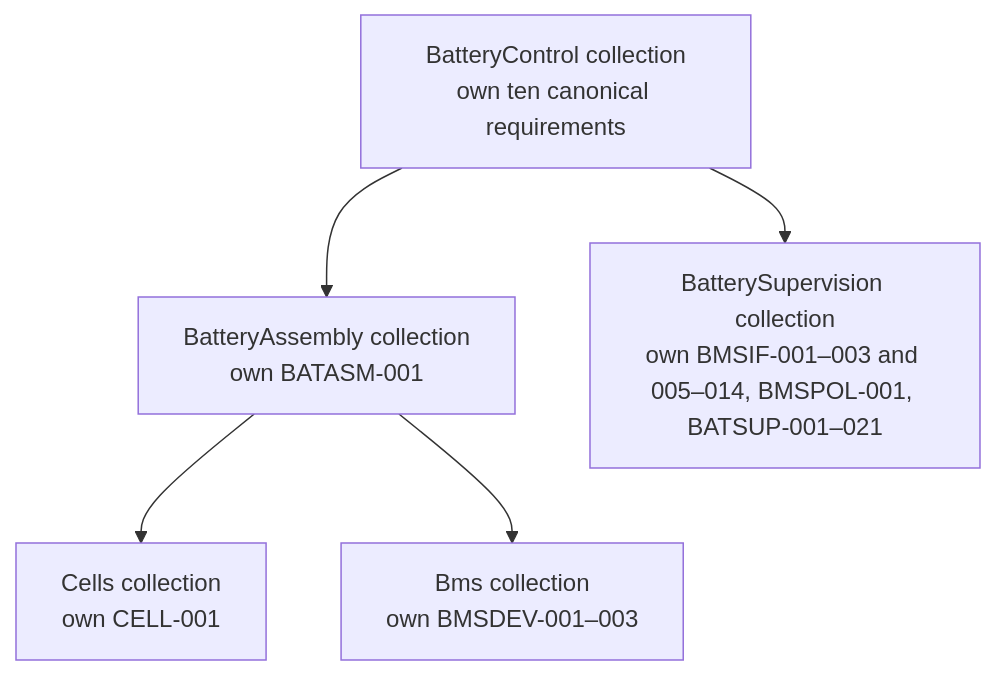
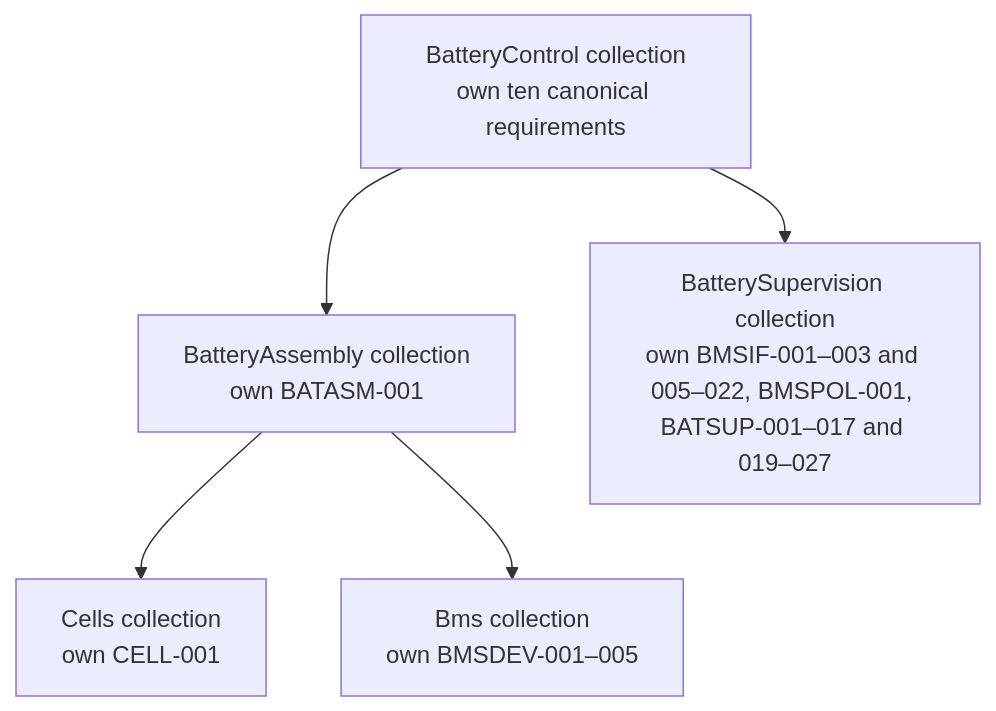
Before and after one commit to dhellhake/X2CityMCU: the second of 2 diagrams in .devenv/Architecture/SystemArchitecture/Modelling/BatteryControl/README.md, drawn with Mermaid. The commit also changed other lines of this file and 13 other files, not shown here.

````diff
--- a/.devenv/Architecture/SystemArchitecture/Modelling/BatteryControl/README.md
+++ b/.devenv/Architecture/SystemArchitecture/Modelling/BatteryControl/README.md
@@ -49,7 +49,7 @@
 ```mermaid
 flowchart TB
   BC[BatteryControl collection<br/>own ten canonical requirements] --> BA[BatteryAssembly collection<br/>own BATASM-001]
-  BC --> BS[BatterySupervision collection<br/>own BMSIF-001–003 and 005–014, BMSPOL-001, BATSUP-001–021]
+  BC --> BS[BatterySupervision collection<br/>own BMSIF-001–003 and 005–022, BMSPOL-001, BATSUP-001–017 and 019–027]
   BA --> Cells[Cells collection<br/>own CELL-001]
-  BA --> Bms[Bms collection<br/>own BMSDEV-001–003]
+  BA --> Bms[Bms collection<br/>own BMSDEV-001–005]
 ```
````
